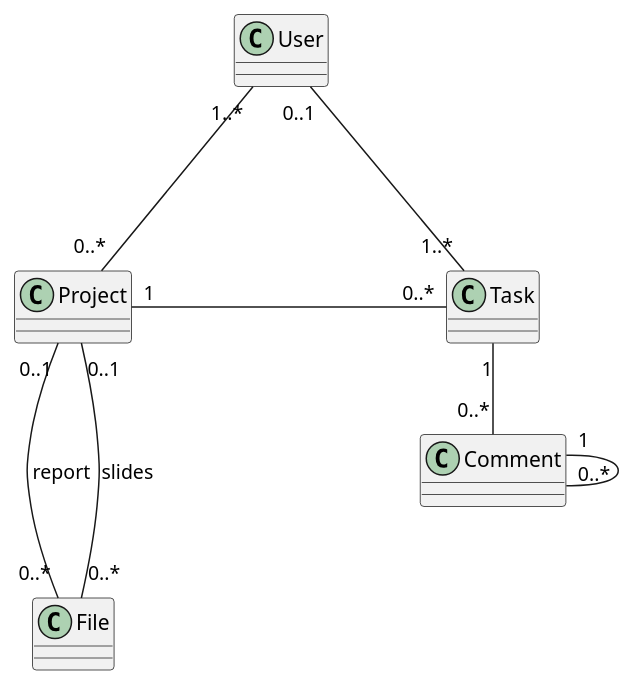
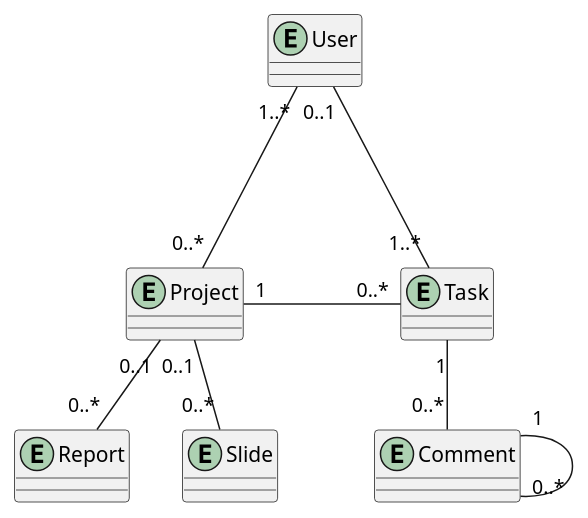
Before and after one commit to Huy-Ngo/acanban: the diagram in docs/source/meth/database/rel.puml, drawn with PlantUML. The commit also changed 5 other files, not shown here.

```diff
--- a/docs/source/meth/database/rel.puml
+++ b/docs/source/meth/database/rel.puml
@@ -1,17 +1,18 @@
 @startuml
 
-class User
-class File
-class Project
-class Task
-class Comment
+entity User
+entity Report
+entity Slide
+entity Project
+entity Task
+entity Comment
 
 User "1..*" --- "0..*" Project
 User "0..1" --- "1..*" Task
 Project "1" -[norank]--- "0..*" Task
 Task "1" -- "0..*" Comment
 Comment "1" --- "0..*" Comment
-Project "0..1" --- "0..*" File: report
-Project "0..1" --- "0..*" File: slides
+Project "0..1" -- "0..*" Report
+Project "0..1" -- "0..*" Slide
 
 @enduml
```
